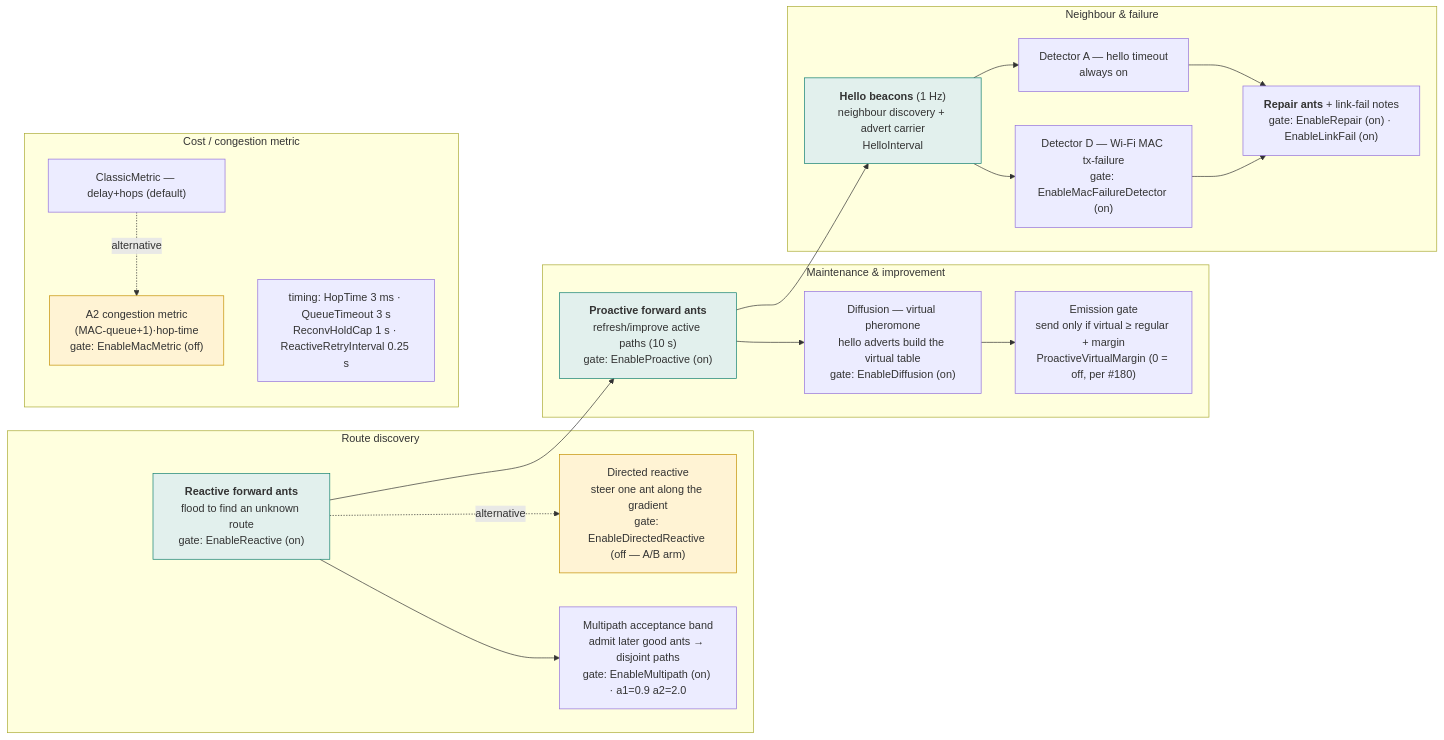
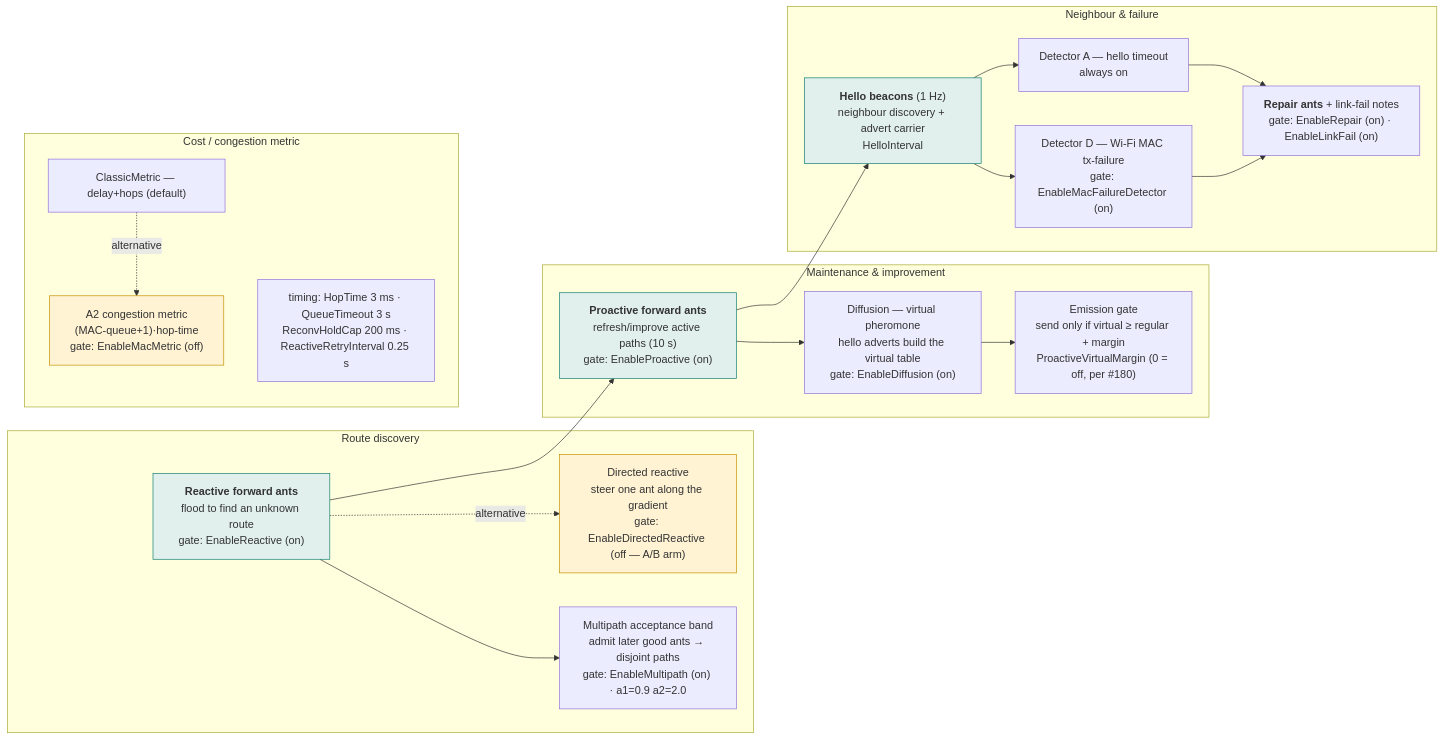
Before and after one commit to danieljoppi/AntHocNet: the second of 3 diagrams in docs/software-layers.md, drawn with Mermaid. The commit also changed 7 other files, not shown here.

````diff
--- a/docs/software-layers.md
+++ b/docs/software-layers.md
@@ -81,40 +81,40 @@
 ```mermaid
 flowchart LR
     subgraph DISC["Route discovery"]
         R1["<b>Reactive forward ants</b><br/>flood to find an unknown route<br/>gate: EnableReactive (on)"]
         R2["Directed reactive<br/>steer one ant along the gradient<br/>gate: EnableDirectedReactive (off — A/B arm)"]
         R3["Multipath acceptance band<br/>admit later good ants → disjoint paths<br/>gate: EnableMultipath (on) · a1=0.9 a2=2.0"]
     end
 
     subgraph MAINT["Maintenance & improvement"]
         M1["<b>Proactive forward ants</b><br/>refresh/improve active paths (10 s)<br/>gate: EnableProactive (on)"]
         M2["Diffusion — virtual pheromone<br/>hello adverts build the virtual table<br/>gate: EnableDiffusion (on)"]
         M3["Emission gate<br/>send only if virtual ≥ regular + margin<br/>ProactiveVirtualMargin (0 = off, per #180)"]
     end
 
     subgraph NBR["Neighbour & failure"]
         N1["<b>Hello beacons</b> (1 Hz)<br/>neighbour discovery + advert carrier<br/>HelloInterval"]
         N2["Detector A — hello timeout<br/>always on"]
         N3["Detector D — Wi-Fi MAC tx-failure<br/>gate: EnableMacFailureDetector (on)"]
         N4["<b>Repair ants</b> + link-fail notes<br/>gate: EnableRepair (on) · EnableLinkFail (on)"]
     end
 
     subgraph COST["Cost / congestion metric"]
         K1["ClassicMetric — delay+hops (default)"]
         K2["A2 congestion metric<br/>(MAC-queue+1)·hop-time<br/>gate: EnableMacMetric (off)"]
-        K3["timing: HopTime 3 ms · QueueTimeout 3 s<br/>ReconvHoldCap 1 s · ReactiveRetryInterval 0.25 s"]
+        K3["timing: HopTime 3 ms · QueueTimeout 3 s<br/>ReconvHoldCap 200 ms · ReactiveRetryInterval 0.25 s"]
     end
 
     R1 --> M1 --> N1
     R1 -. alternative .-> R2
     R1 --> R3
     M1 --> M2 --> M3
     N1 --> N2 & N3 --> N4
     K1 -. alternative .-> K2
 
     style R1 fill:#e2f0ed,stroke:#0f7f70
     style M1 fill:#e2f0ed,stroke:#0f7f70
     style N1 fill:#e2f0ed,stroke:#0f7f70
     style R2 fill:#fff3d4,stroke:#c48f00
     style K2 fill:#fff3d4,stroke:#c48f00
 ```
````
